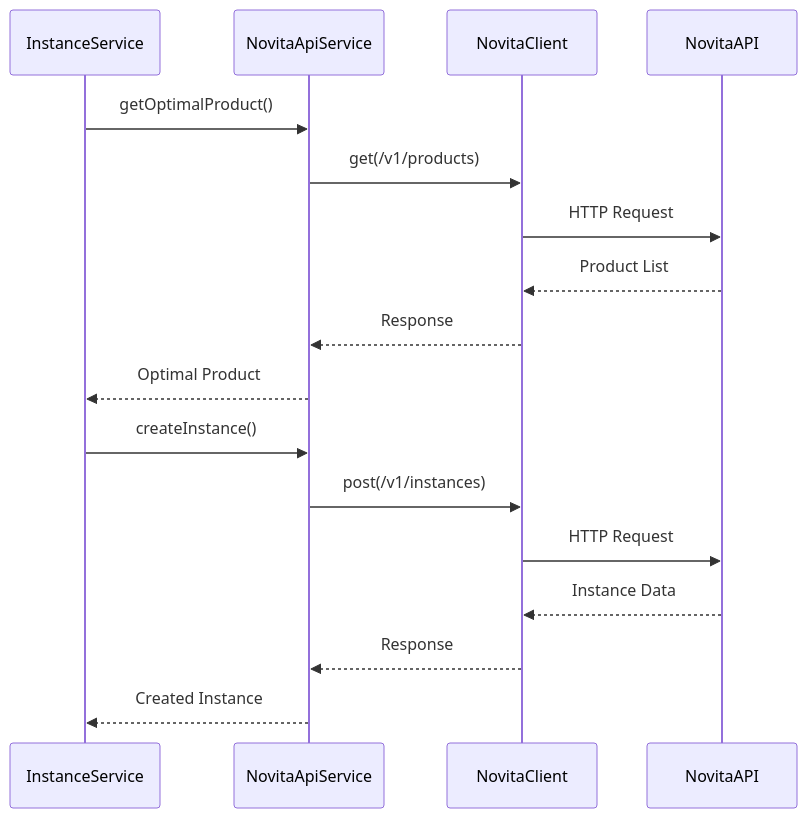
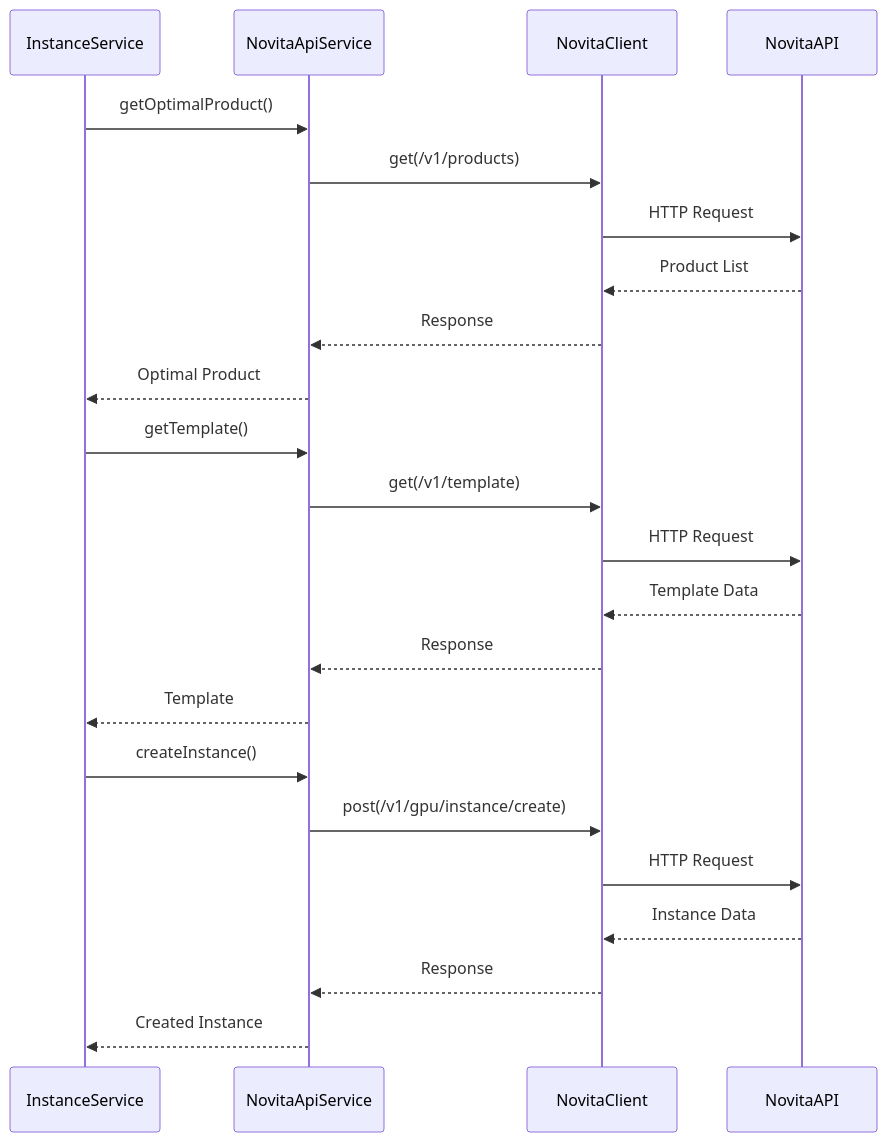
The fourth of 5 diagrams in .qoder/repowiki/en/content/Service Architecture/Novita API Service.md (sontl/novita-ai-api), drawn with Mermaid before and after one commit. The commit also changed other lines of this file and 17 other files, not shown here.

First line of the commit message:
feat(api): add instance control endpoints and registry authentication support

````diff
--- a/.qoder/repowiki/en/content/Service Architecture/Novita API Service.md
+++ b/.qoder/repowiki/en/content/Service Architecture/Novita API Service.md
@@ -193,19 +234,25 @@
 ```mermaid
 sequenceDiagram
 participant InstanceService
 participant NovitaApiService
 participant NovitaClient
 participant NovitaAPI
 InstanceService->>NovitaApiService : getOptimalProduct()
 NovitaApiService->>NovitaClient : get(/v1/products)
 NovitaClient->>NovitaAPI : HTTP Request
 NovitaAPI-->>NovitaClient : Product List
 NovitaClient-->>NovitaApiService : Response
 NovitaApiService-->>InstanceService : Optimal Product
+InstanceService->>NovitaApiService : getTemplate()
+NovitaApiService->>NovitaClient : get(/v1/template)
+NovitaClient->>NovitaAPI : HTTP Request
+NovitaAPI-->>NovitaClient : Template Data
+NovitaClient-->>NovitaApiService : Response
+NovitaApiService-->>InstanceService : Template
 InstanceService->>NovitaApiService : createInstance()
-NovitaApiService->>NovitaClient : post(/v1/instances)
+NovitaApiService->>NovitaClient : post(/v1/gpu/instance/create)
 NovitaClient->>NovitaAPI : HTTP Request
 NovitaAPI-->>NovitaClient : Instance Data
 NovitaClient-->>NovitaApiService : Response
 NovitaApiService-->>InstanceService : Created Instance
 ```
````
